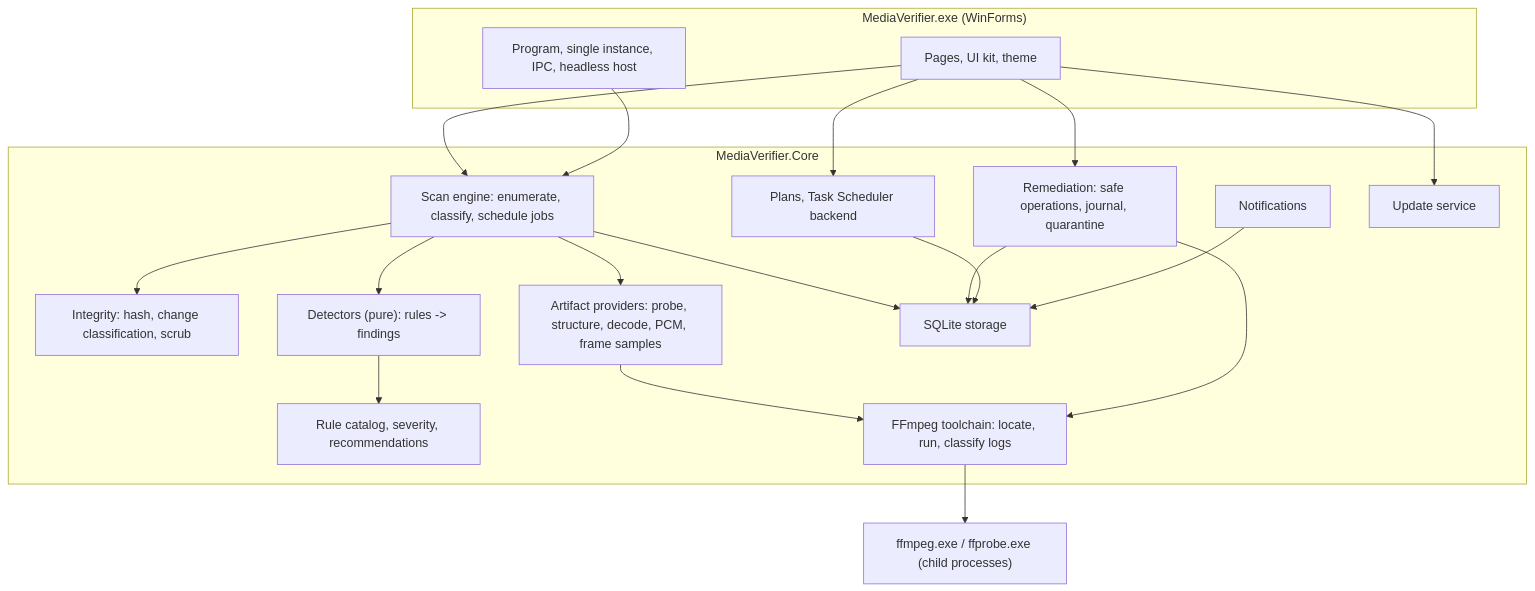
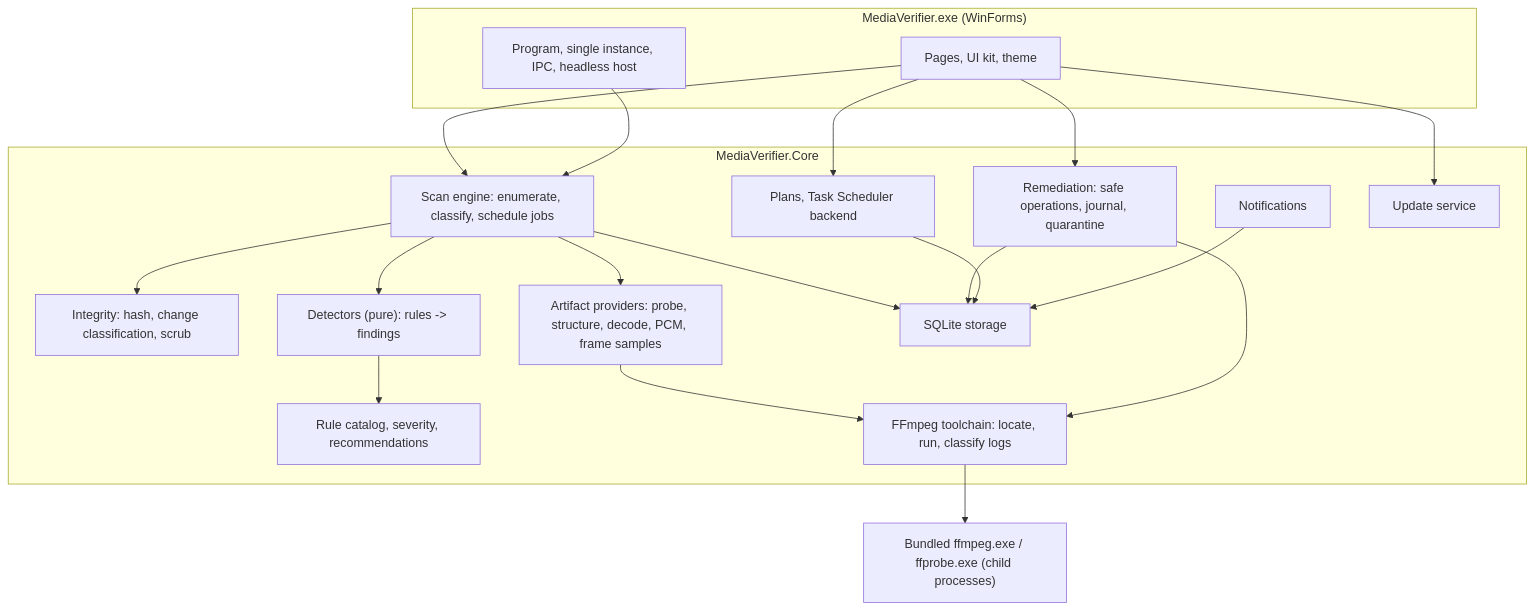
One commit to rockenrooster/MediaVerifier changed the diagram in plans/00-master-plan.md. Above: the diagram before and after it, drawn with Mermaid. The commit also changed other lines of this file and 66 other files, not shown here.

````diff
--- a/plans/00-master-plan.md
+++ b/plans/00-master-plan.md
@@ -73,36 +78,36 @@
 ```mermaid
 flowchart TD
     subgraph App["MediaVerifier.exe (WinForms)"]
         UI["Pages, UI kit, theme"]
         Shell["Program, single instance, IPC, headless host"]
     end
     subgraph Core["MediaVerifier.Core"]
         Engine["Scan engine: enumerate, classify, schedule jobs"]
         Integrity["Integrity: hash, change classification, scrub"]
         Providers["Artifact providers: probe, structure, decode, PCM, frame samples"]
         Detectors["Detectors (pure): rules -> findings"]
         Rules["Rule catalog, severity, recommendations"]
         Remediation["Remediation: safe operations, journal, quarantine"]
         Scheduling["Plans, Task Scheduler backend"]
         Notify["Notifications"]
         Updates["Update service"]
         Storage["SQLite storage"]
         Ffmpeg["FFmpeg toolchain: locate, run, classify logs"]
     end
     UI --> Engine
     UI --> Remediation
     UI --> Scheduling
     UI --> Updates
     Shell --> Engine
     Engine --> Integrity
     Engine --> Providers
     Providers --> Ffmpeg
     Engine --> Detectors
     Detectors --> Rules
     Engine --> Storage
     Remediation --> Ffmpeg
     Remediation --> Storage
     Scheduling --> Storage
     Notify --> Storage
-    Ffmpeg --> EXE["ffmpeg.exe / ffprobe.exe (child processes)"]
+    Ffmpeg --> EXE["Bundled ffmpeg.exe / ffprobe.exe (child processes)"]
 ```
````
